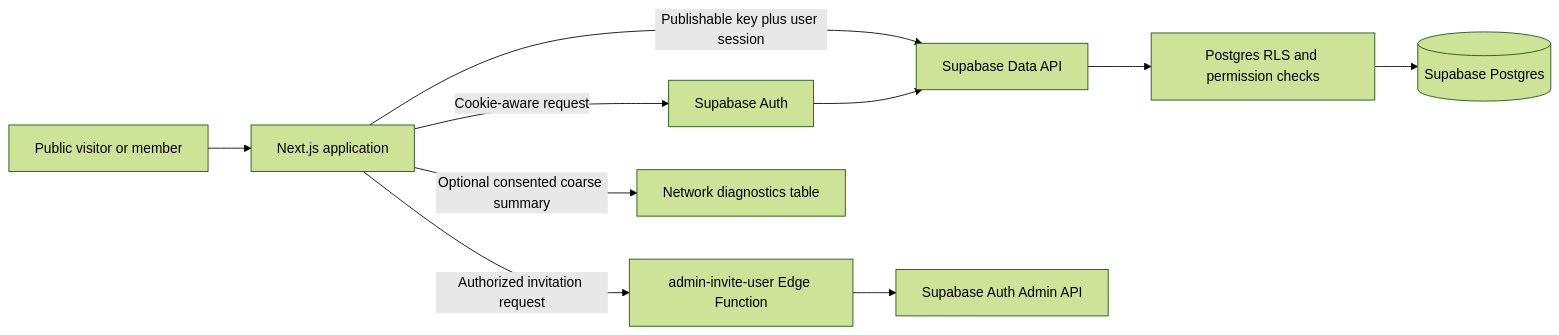
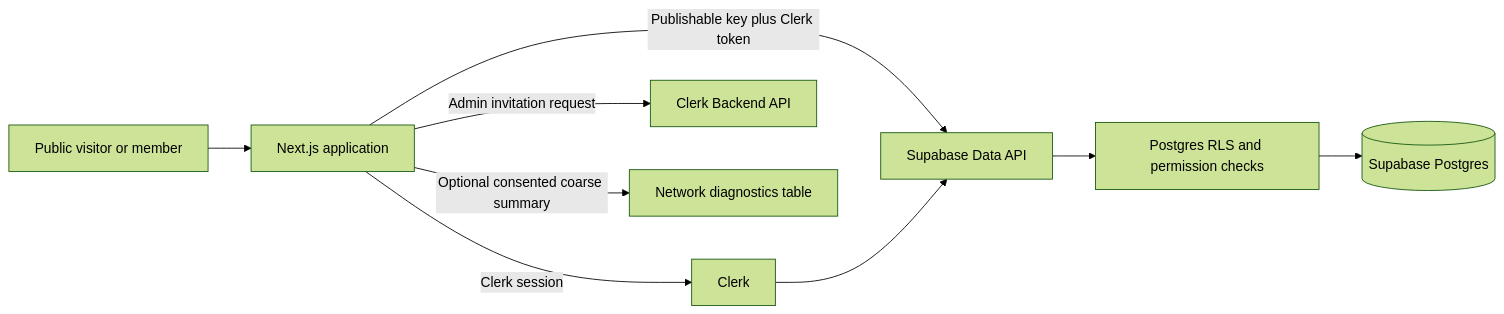
The diagram in docs/architecture.md (tarunchaudharydev/techtronicaglau), drawn with Mermaid (forest theme) before and after one commit. The commit also changed other lines of this file and 62 other files, not shown here.

Commit message:
feat: migrate frontend authentication and admin to Clerk

```diff
--- a/docs/architecture.md
+++ b/docs/architecture.md
@@ -5,12 +5,11 @@
 ~~~mermaid
 flowchart LR
   Visitor[Public visitor or member] --> Next[Next.js application]
-  Next -->|Cookie-aware request| Auth[Supabase Auth]
-  Next -->|Publishable key plus user session| API[Supabase Data API]
+  Next -->|Clerk session| Auth[Clerk]
+  Next -->|Publishable key plus Clerk token| API[Supabase Data API]
   Auth --> API
   API --> RLS[Postgres RLS and permission checks]
   RLS --> DB[(Supabase Postgres)]
-  Next -->|Authorized invitation request| EF[admin-invite-user Edge Function]
-  EF --> AuthAdmin[Supabase Auth Admin API]
+  Next -->|Admin invitation request| AuthAdmin[Clerk Backend API]
   Next -->|Optional consented coarse summary| Diagnostics[Network diagnostics table]
 ~~~
```
